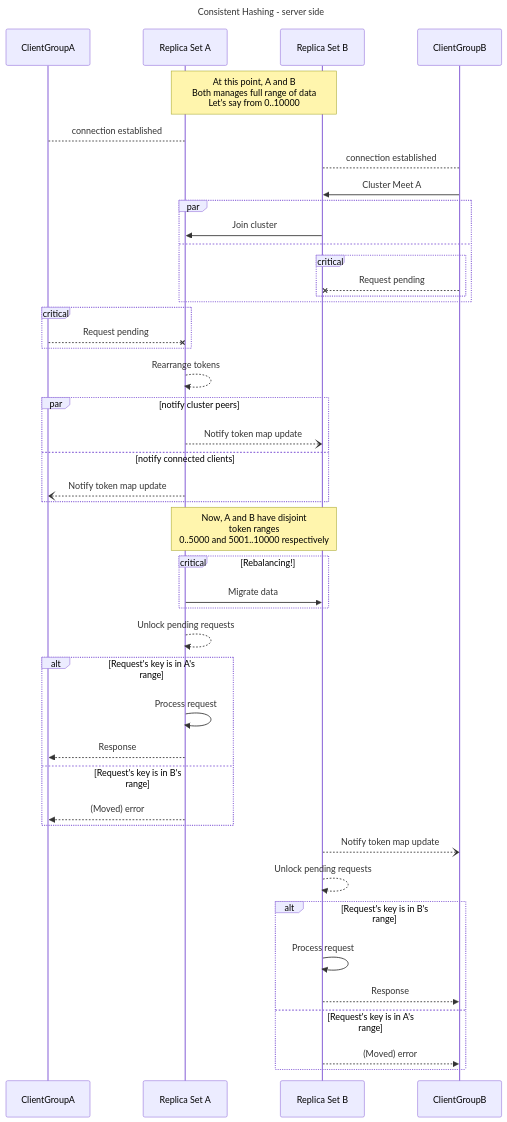
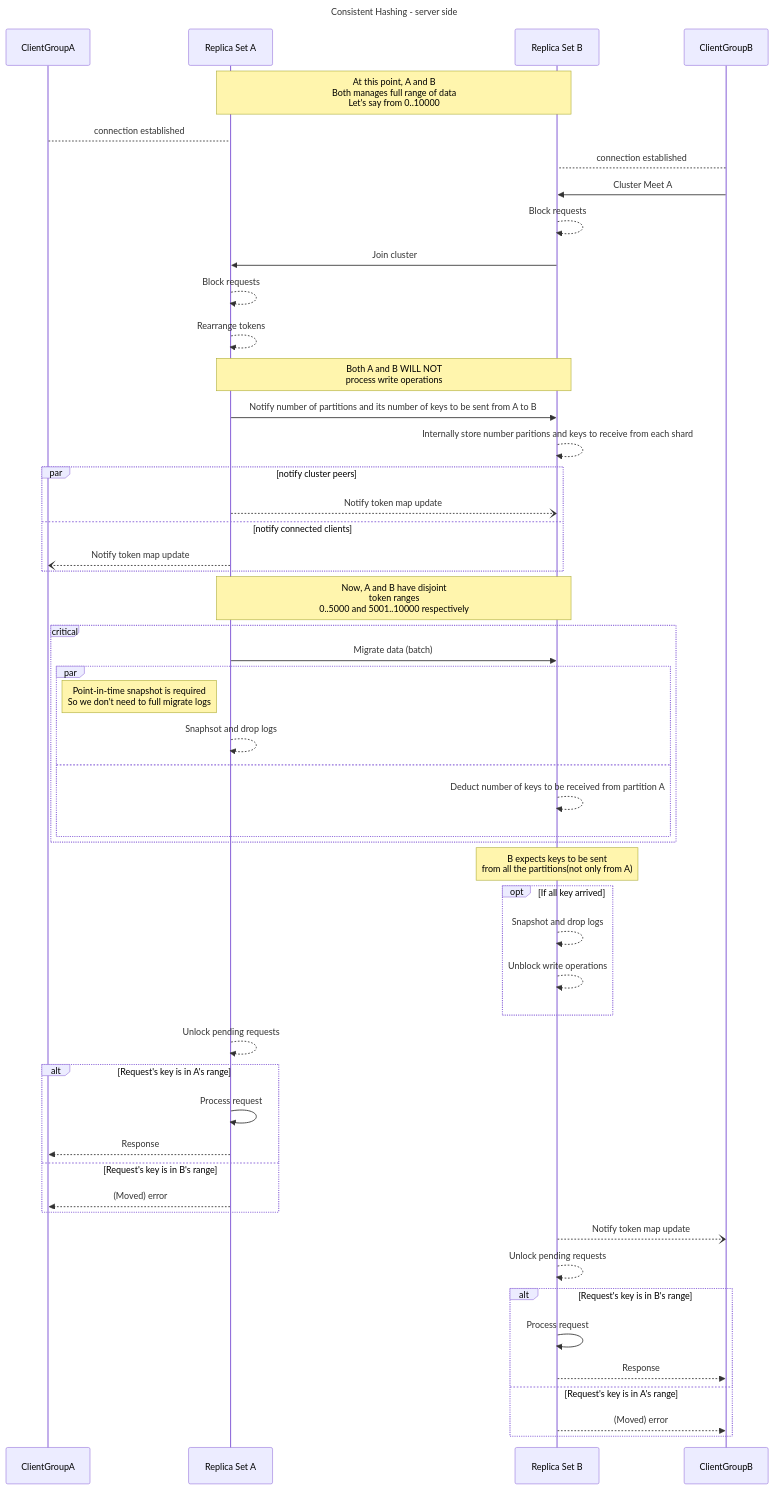
Before and after one commit to Migorithm/duva: the diagram in diagrams/consistent-hashing-server.mmd, drawn with Mermaid.

Commit message:
consistent hashing

```diff
--- a/diagrams/consistent-hashing-server.mmd
+++ b/diagrams/consistent-hashing-server.mmd
@@ -1,65 +1,79 @@
 ---
 title: Consistent Hashing - server side
 ---
 sequenceDiagram
     participant C1 as ClientGroupA
     
     participant A as Replica Set A
     participant B as Replica Set B
     
     participant C2 as ClientGroupB
 
 
     Note over A,B : At this point, A and B<br>Both manages full range of data<br>Let's say from 0..10000
     
     C1 --> A: connection established
     C2 --> B: connection established
 
     C2 ->> B: Cluster Meet A
-    par
+
+    B -->> B : Block requests
     B ->> A : Join cluster
-    and
-    critical 
-        C2 --x B: Request pending
-    end
-    end
-
-    critical 
-        C1 --x A: Request pending
-    end
+    A -->> A: Block requests
     A -->> A: Rearrange tokens
 
+    note over A,B : Both A and B WILL NOT<br>process write operations
 
+    A ->> B : Notify number of partitions and its number of keys to be sent from A to B
+    B -->> B : Internally store number paritions and keys to receive from each shard  
+
+
+
+    
     par notify cluster peers
     A --) B : Notify token map update
     and notify connected clients
     A --) C1 : Notify token map update
     end
 
     Note over A,B: Now, A and B have disjoint<br>token ranges<br>0..5000 and 5001..10000 respectively
 
-    critical Rebalancing!
-        A ->> B: Migrate data
+    critical 
+        A ->> B: Migrate data (batch)
+
+        par
+            Note left of A: Point-in-time snapshot is required<br>So we don't need to full migrate logs
+            A -->> A: Snaphsot and drop logs
+        and 
+            B -->> B: Deduct number of keys to be received from partition A
+        end
     end
 
+
+    Note over B : B expects keys to be sent<br>from all the partitions(not only from A)
     
+    opt If all key arrived
+        B -->> B: Snapshot and drop logs
+        B -->> B: Unblock write operations
+    end
+
     A -->> A: Unlock pending requests
     alt Request's key is in A's range
         A ->> A: Process request
         A -->> C1: Response
     else Request's key is in B's range
         A -->> C1: (Moved) error
     end
 
 
 
 
     B --) C2 : Notify token map update
     B -->> B: Unlock pending requests
 
     alt Request's key is in B's range
         B ->> B: Process request
         B -->> C2: Response
     else Request's key is in A's range
         B -->> C2: (Moved) error
     end
```
